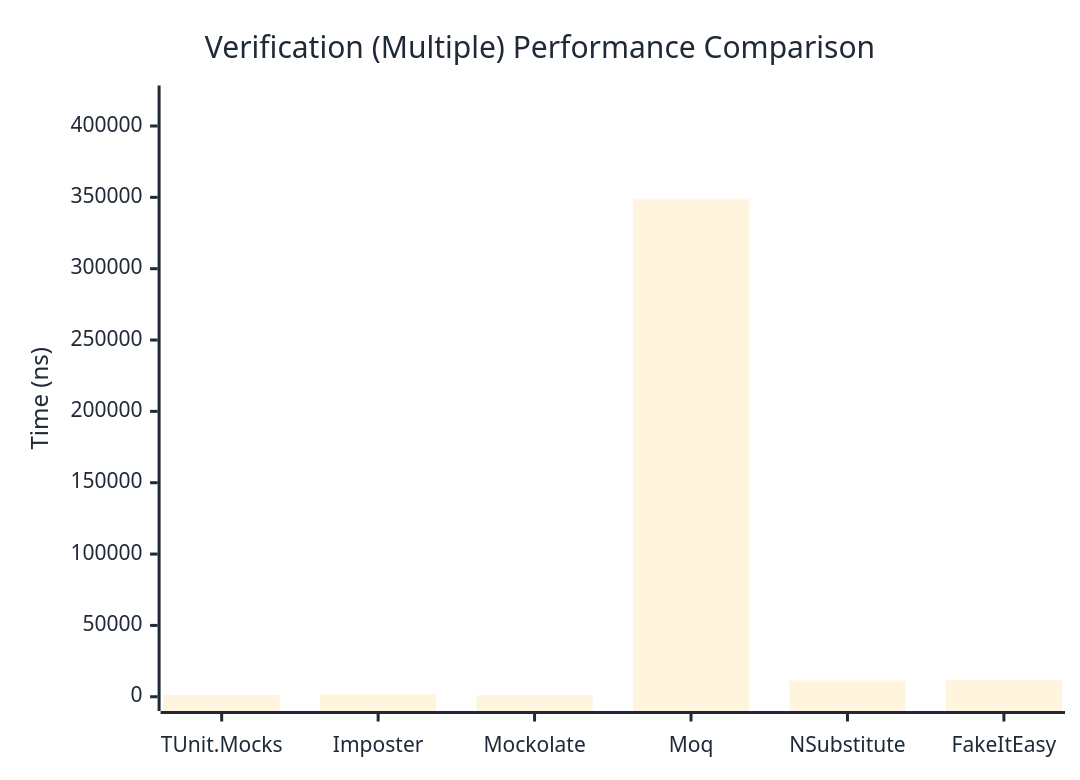
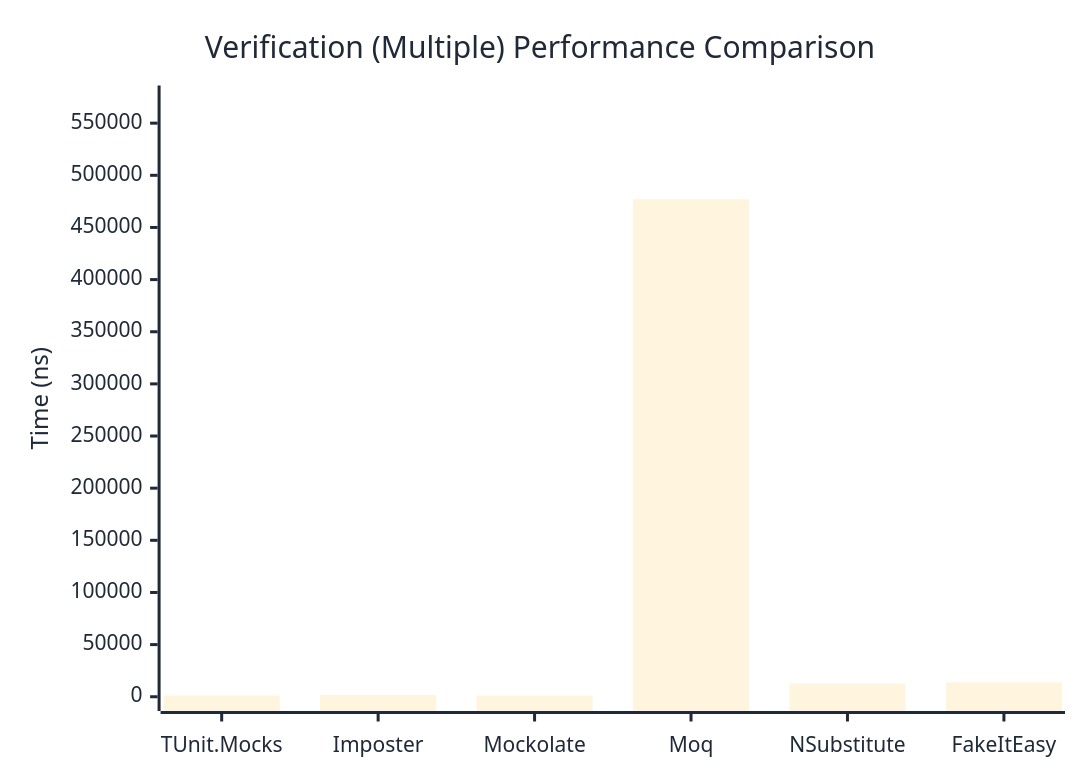
The third of 3 diagrams in docs/docs/benchmarks/mocks/Verification.md (thomhurst/TUnit), drawn with Mermaid before and after one commit. The commit also changed other lines of this file and 14 other files, not shown here.

````diff
--- a/docs/docs/benchmarks/mocks/Verification.md
+++ b/docs/docs/benchmarks/mocks/Verification.md
@@ -112,27 +112,27 @@
 ```mermaid
 %%{init: {
   'theme':'base',
   'themeVariables': {
     'primaryColor': '#2563eb',
     'primaryTextColor': '#1f2937',
     'primaryBorderColor': '#1e40af',
     'lineColor': '#6b7280',
     'secondaryColor': '#7c3aed',
     'tertiaryColor': '#dc2626',
     'background': '#ffffff',
     'pie1': '#2563eb',
     'pie2': '#7c3aed',
     'pie3': '#dc2626',
     'pie4': '#f59e0b',
     'pie5': '#10b981',
     'pie6': '#06b6d4',
     'pie7': '#ec4899',
     'pie8': '#6366f1'
   }
 }}%%
 xychart-beta
   title "Verification (Multiple) Performance Comparison"
   x-axis ["TUnit.Mocks", "Imposter", "Mockolate", "Moq", "NSubstitute", "FakeItEasy"]
-  y-axis "Time (ns)" 0 --> 418394
-  bar [1257.5, 1732.96, 1162.46, 348661.1, 11374.18, 11764.4]
+  y-axis "Time (ns)" 0 --> 572451
+  bar [1250.39, 1822.01, 1048.45, 477042.14, 12677.49, 13732.81]
 ```
````
